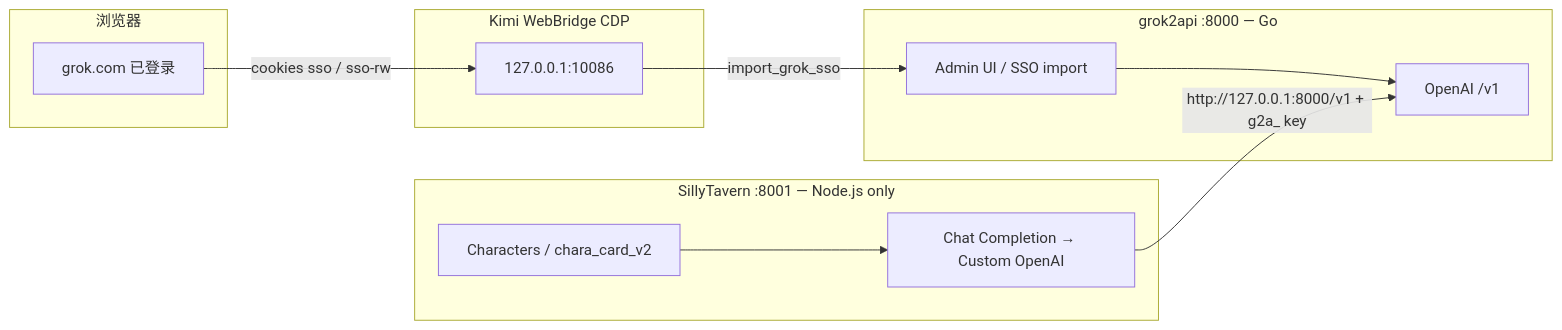
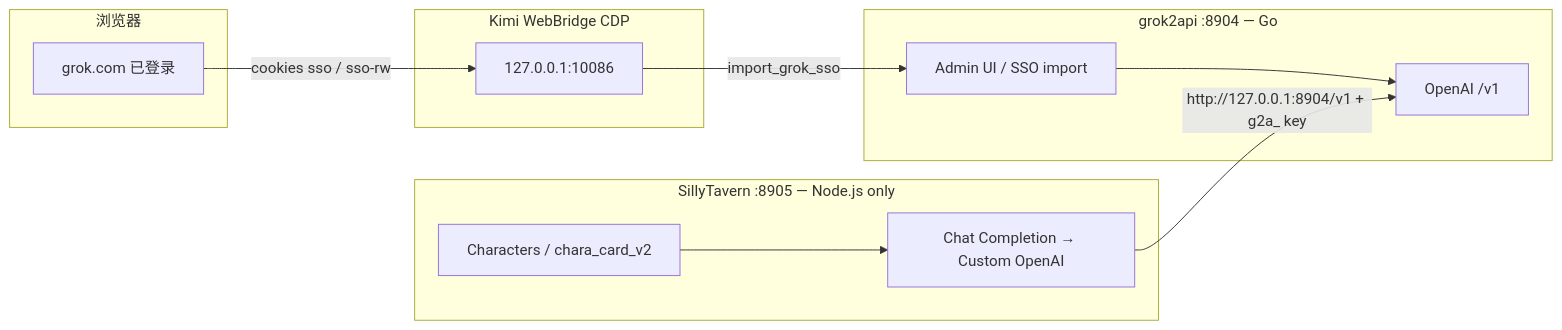
Before and after one commit to zhangleilaoge/briar-display: the diagram in packages/briar-skills/briar-grok-silly-tavern/SKILL.md, drawn with Mermaid. The commit also changed other lines of this file and 63 other files, not shown here.

````diff
--- a/packages/briar-skills/briar-grok-silly-tavern/SKILL.md
+++ b/packages/briar-skills/briar-grok-silly-tavern/SKILL.md
@@ -32,22 +32,22 @@
 ```mermaid
 flowchart LR
   subgraph Browser["浏览器"]
     Grok["grok.com 已登录"]
   end
   subgraph CDP["Kimi WebBridge CDP"]
     Bridge["127.0.0.1:10086"]
   end
-  subgraph Proxy["grok2api :8000 — Go"]
+  subgraph Proxy["grok2api :8904 — Go"]
     Admin["Admin UI / SSO import"]
     V1["OpenAI /v1"]
   end
-  subgraph ST["SillyTavern :8001 — Node.js only"]
+  subgraph ST["SillyTavern :8905 — Node.js only"]
     Chat["Chat Completion → Custom OpenAI"]
     Card["Characters / chara_card_v2"]
   end
   Grok -->|cookies sso / sso-rw| Bridge
   Bridge -->|import_grok_sso| Admin
   Admin --> V1
-  Chat -->|http://127.0.0.1:8000/v1 + g2a_ key| V1
+  Chat -->|http://127.0.0.1:8904/v1 + g2a_ key| V1
   Card --> Chat
 ```
````
